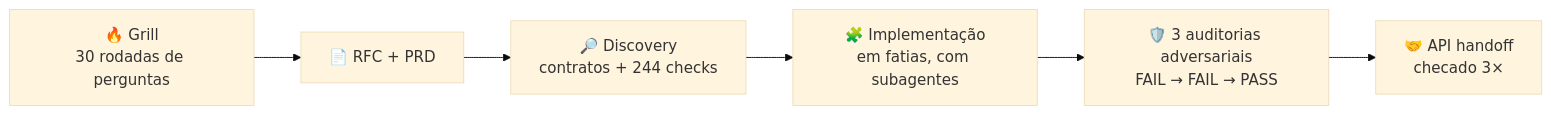
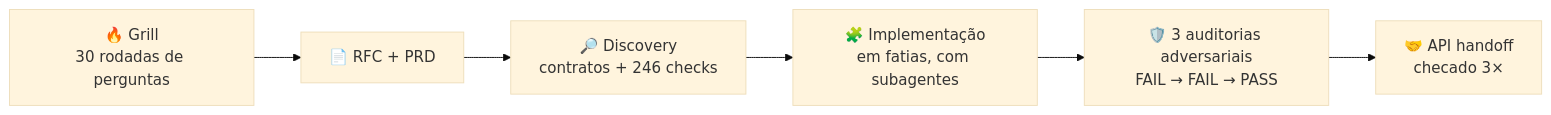
Before and after one commit to micaelcf/parcela-mais-case: the fifth of 6 diagrams in README.md, drawn with Mermaid (base theme). The commit also changed other lines of this file and 8 other files, not shown here.

````diff
--- a/README.md
+++ b/README.md
@@ -228,8 +238,8 @@
 ```mermaid
 flowchart LR
     G["🔥 Grill<br/>30 rodadas de perguntas"] --> D["📄 RFC + PRD"]
-    D --> C["🔎 Discovery<br/>contratos + 244 checks"]
+    D --> C["🔎 Discovery<br/>contratos + 246 checks"]
     C --> S["🧩 Implementação<br/>em fatias, com subagentes"]
     S --> A["🛡️ 3 auditorias adversariais<br/>FAIL → FAIL → PASS"]
     A --> H["🤝 API handoff<br/>checado 3×"]
 ```
````
